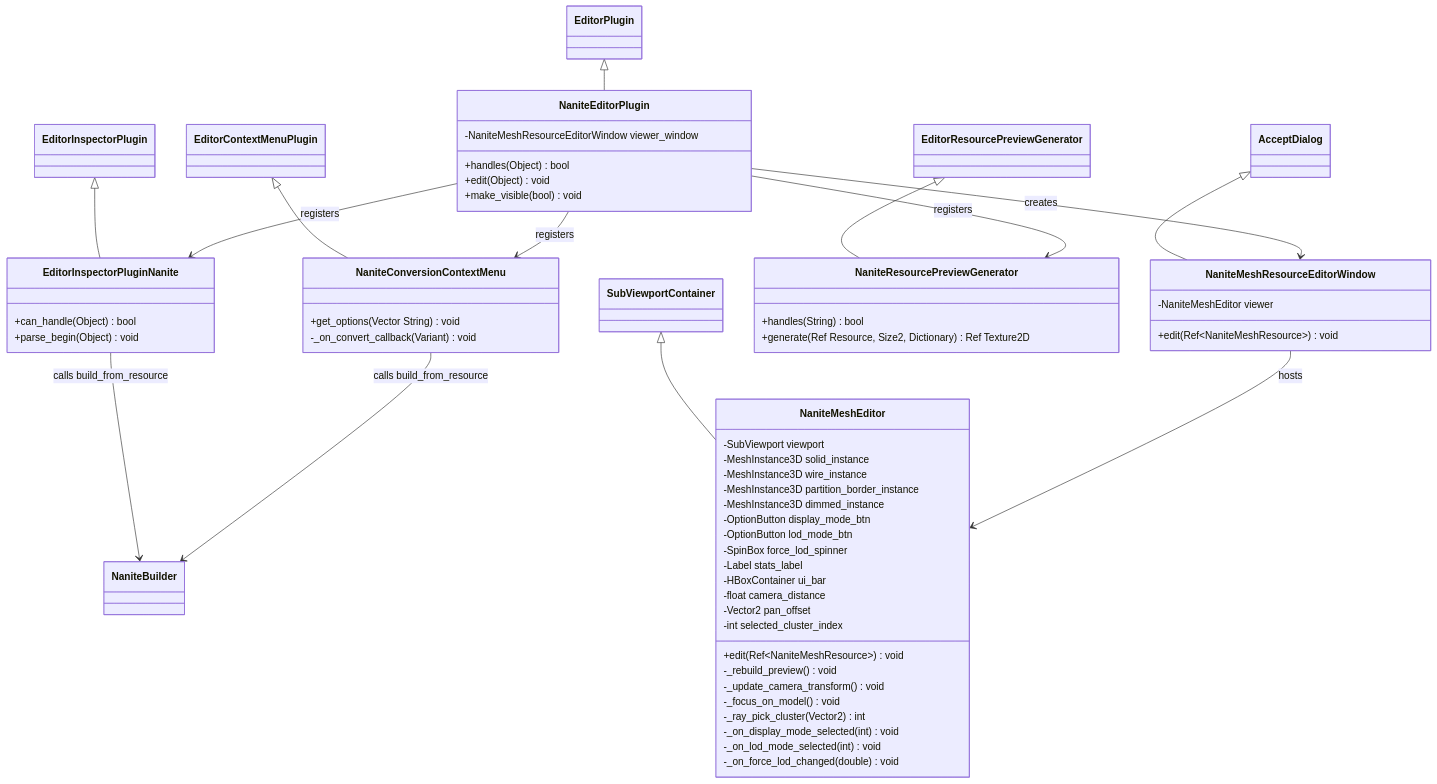
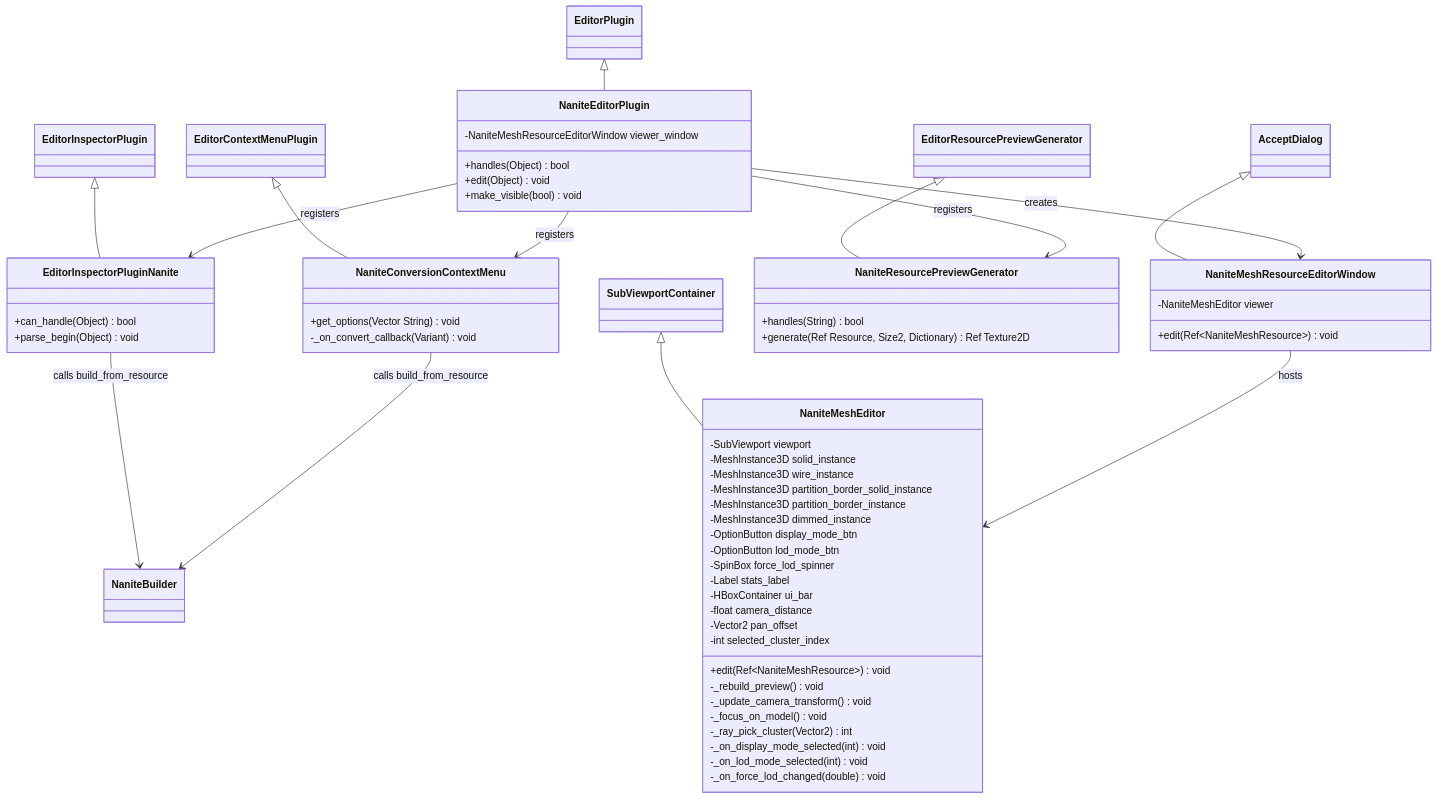
Before and after one commit to alonecat06/godot: diagram 11 of 18 in nanite_doc/nanite-overall-design.md, drawn with Mermaid. The commit also changed other lines of this file, not shown here.

First line of the commit message:
docs(nanite): 同步阶段0预览界面至最新代码（5 个 MeshInstance3D + 外边界 partition border）

````diff
--- a/nanite_doc/nanite-overall-design.md
+++ b/nanite_doc/nanite-overall-design.md
@@ -1347,62 +1359,63 @@
 ```mermaid
 classDiagram
     class NaniteMeshEditor {
         +edit(Ref~NaniteMeshResource~) void
         -_rebuild_preview() void
         -_update_camera_transform() void
         -_focus_on_model() void
         -_ray_pick_cluster(Vector2) int
         -_on_display_mode_selected(int) void
         -_on_lod_mode_selected(int) void
         -_on_force_lod_changed(double) void
         -SubViewport viewport
         -MeshInstance3D solid_instance
         -MeshInstance3D wire_instance
+        -MeshInstance3D partition_border_solid_instance
         -MeshInstance3D partition_border_instance
         -MeshInstance3D dimmed_instance
         -OptionButton display_mode_btn
         -OptionButton lod_mode_btn
         -SpinBox force_lod_spinner
         -Label stats_label
         -HBoxContainer ui_bar
         -float camera_distance
         -Vector2 pan_offset
         -int selected_cluster_index
     }
     class NaniteMeshResourceEditorWindow {
         +edit(Ref~NaniteMeshResource~) void
         -NaniteMeshEditor viewer
     }
     class EditorInspectorPluginNanite {
         +can_handle(Object) bool
         +parse_begin(Object) void
     }
     class NaniteEditorPlugin {
         +handles(Object) bool
         +edit(Object) void
         +make_visible(bool) void
         -NaniteMeshResourceEditorWindow viewer_window
     }
     class NaniteConversionContextMenu {
         +get_options(Vector String) void
         -_on_convert_callback(Variant) void
     }
     class NaniteResourcePreviewGenerator {
         +handles(String) bool
         +generate(Ref Resource, Size2, Dictionary) Ref Texture2D
     }
 
     SubViewportContainer <|-- NaniteMeshEditor
     AcceptDialog <|-- NaniteMeshResourceEditorWindow
     EditorInspectorPlugin <|-- EditorInspectorPluginNanite
     EditorPlugin <|-- NaniteEditorPlugin
     EditorContextMenuPlugin <|-- NaniteConversionContextMenu
     EditorResourcePreviewGenerator <|-- NaniteResourcePreviewGenerator
     NaniteEditorPlugin --> EditorInspectorPluginNanite : registers
     NaniteEditorPlugin --> NaniteConversionContextMenu : registers
     NaniteEditorPlugin --> NaniteResourcePreviewGenerator : registers
     NaniteEditorPlugin --> NaniteMeshResourceEditorWindow : creates
     NaniteMeshResourceEditorWindow --> NaniteMeshEditor : hosts
     EditorInspectorPluginNanite --> NaniteBuilder : calls build_from_resource
     NaniteConversionContextMenu --> NaniteBuilder : calls build_from_resource
 ```
````
